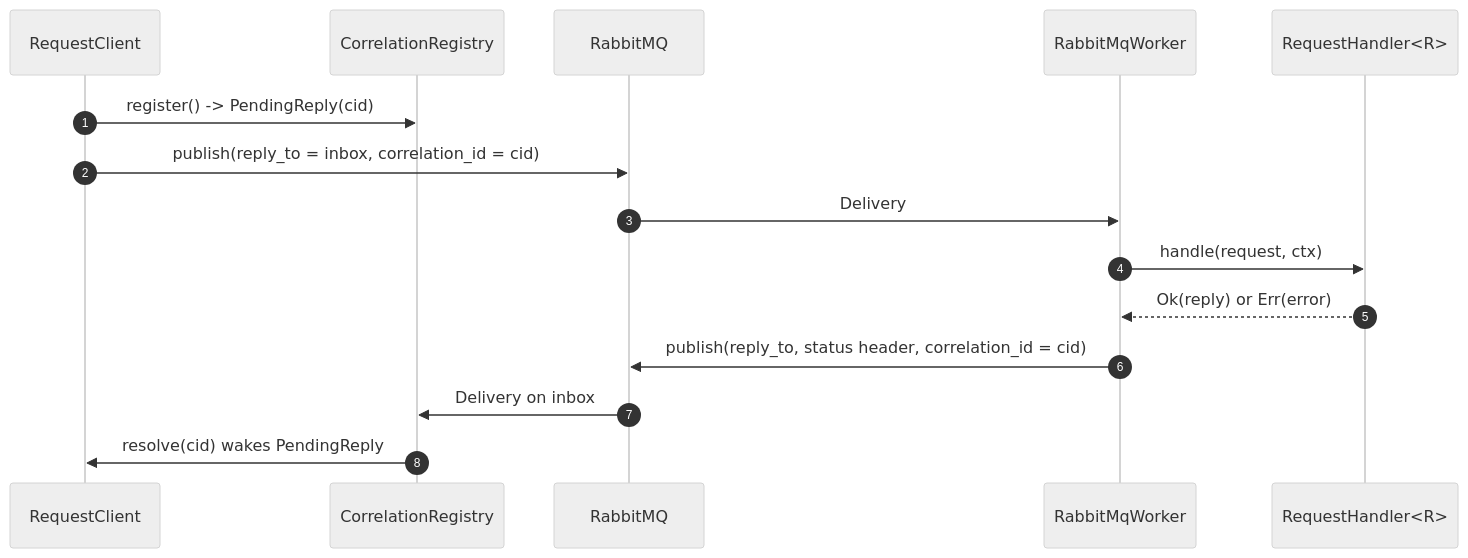
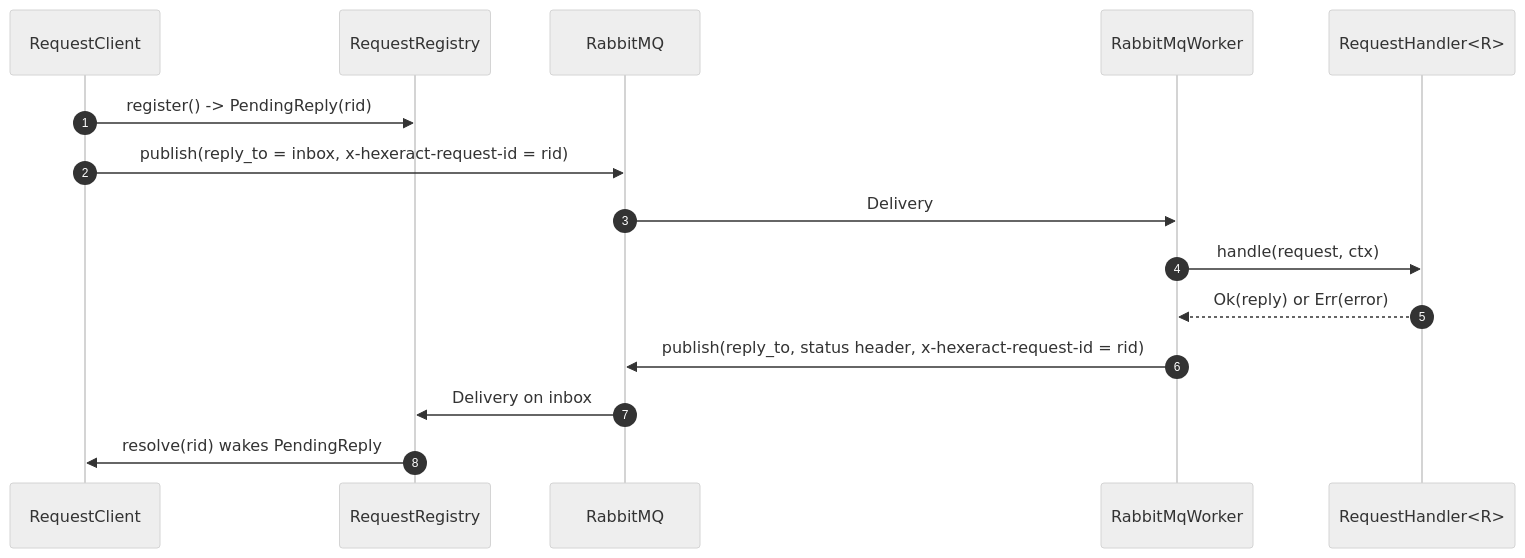
Before and after one commit to nubster-opensources/hexeract: the diagram in docs/concepts/request-reply.md, drawn with Mermaid (neutral theme). The commit also changed other lines of this file and 3 other files, not shown here.

First line of the commit message:
docs(bus): correct stale CorrelationRegistry references

````diff
--- a/docs/concepts/request-reply.md
+++ b/docs/concepts/request-reply.md
@@ -9,18 +9,18 @@
 ```mermaid
 sequenceDiagram
     autonumber
     participant Client as RequestClient
-    participant Reg as CorrelationRegistry
+    participant Reg as RequestRegistry
     participant Broker as RabbitMQ
     participant Worker as RabbitMqWorker
     participant Handler as RequestHandler<R>
 
-    Client->>Reg: register() -> PendingReply(cid)
-    Client->>Broker: publish(reply_to = inbox, correlation_id = cid)
+    Client->>Reg: register() -> PendingReply(rid)
+    Client->>Broker: publish(reply_to = inbox, x-hexeract-request-id = rid)
     Broker->>Worker: Delivery
     Worker->>Handler: handle(request, ctx)
     Handler-->>Worker: Ok(reply) or Err(error)
-    Worker->>Broker: publish(reply_to, status header, correlation_id = cid)
+    Worker->>Broker: publish(reply_to, status header, x-hexeract-request-id = rid)
     Broker->>Reg: Delivery on inbox
-    Reg->>Client: resolve(cid) wakes PendingReply
+    Reg->>Client: resolve(rid) wakes PendingReply
 ```
````
